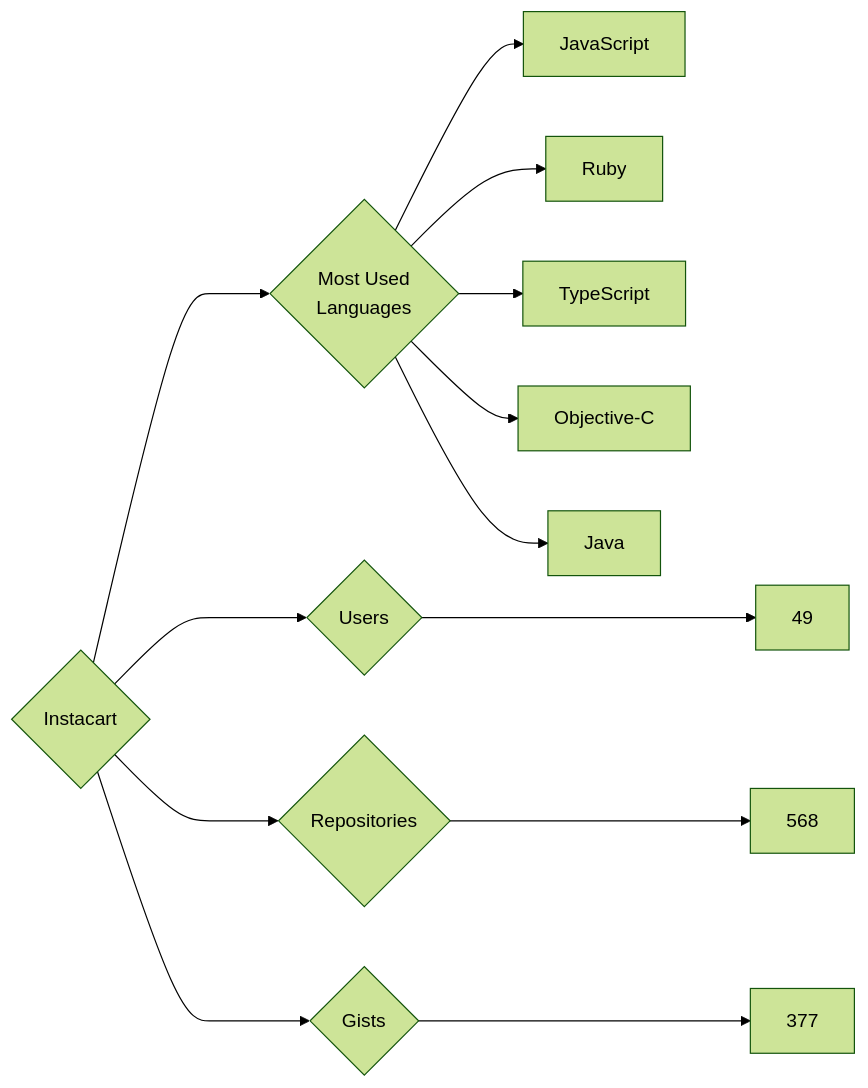
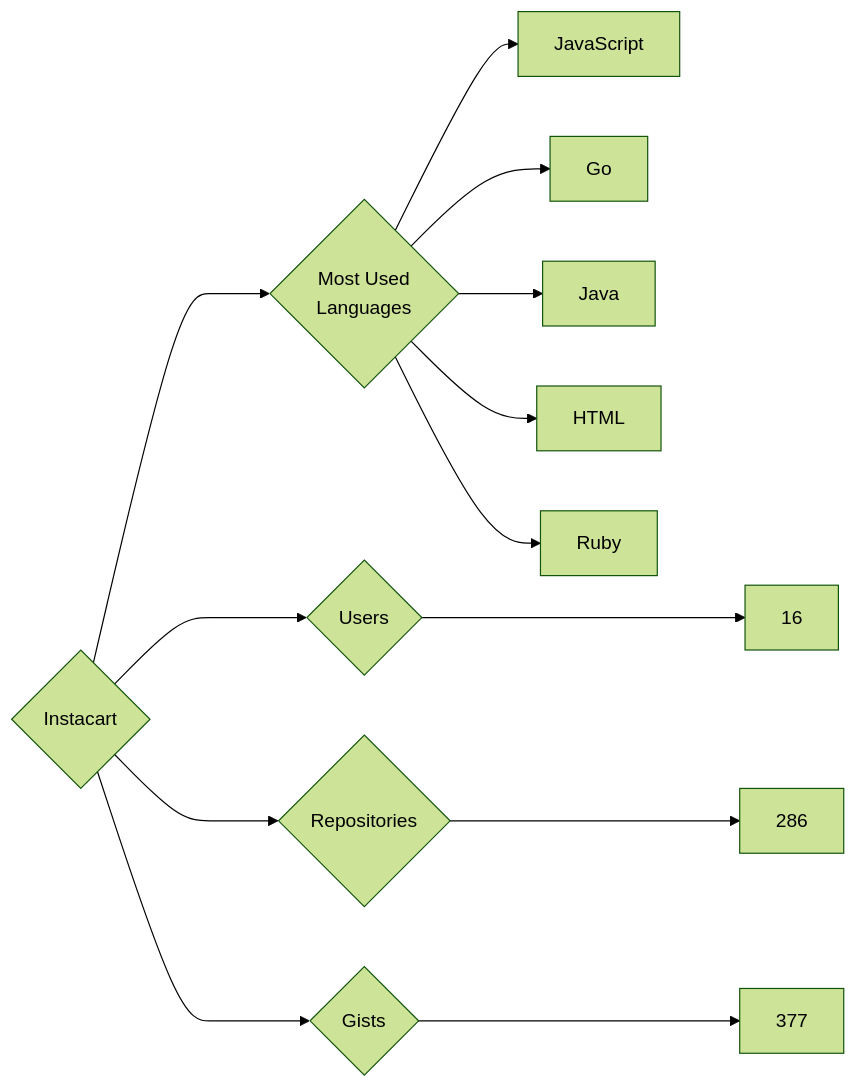
One commit to trickest/insiders changed the diagram in targets/Instacart/README.md. Above: the diagram before and after it, drawn with Mermaid (forest theme). The commit also changed 676 other files, not shown here.

````diff
--- a/targets/Instacart/README.md
+++ b/targets/Instacart/README.md
@@ -3,13 +3,13 @@
 ```mermaid
 graph LR
 COMPANY_NAME{Instacart}
-COMPANY_NAME ---> U{Users} ---> UN[49]
-COMPANY_NAME ---> R{Repositories} ---> RN[568]
+COMPANY_NAME ---> U{Users} ---> UN[16]
+COMPANY_NAME ---> R{Repositories} ---> RN[286]
 COMPANY_NAME ---> G{Gists} ---> GN[377]
 COMPANY_NAME ---> ML{Most Used<br>Languages}
 ML --> JavaScript[JavaScript]
+ML --> Go[Go]
+ML --> Java[Java]
+ML --> HTML[HTML]
 ML --> Ruby[Ruby]
-ML --> TypeScript[TypeScript]
-ML --> Objective-C[Objective-C]
-ML --> Java[Java]
 ```
````
